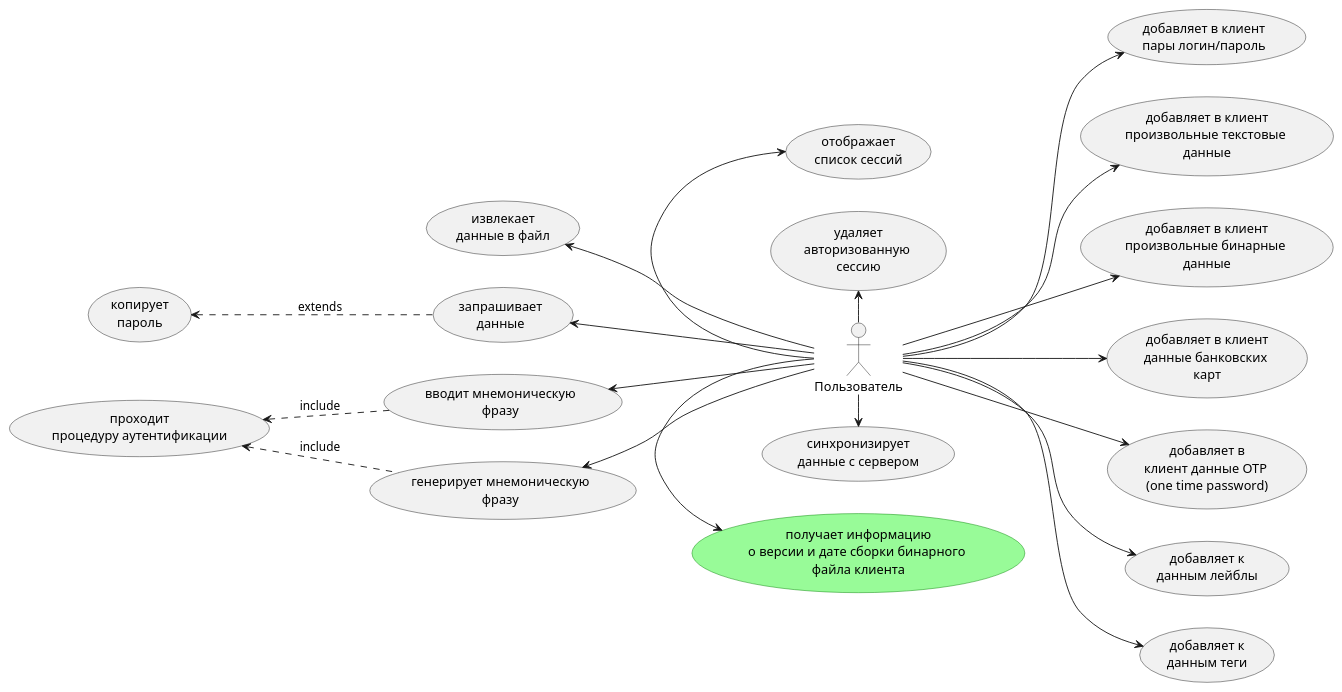
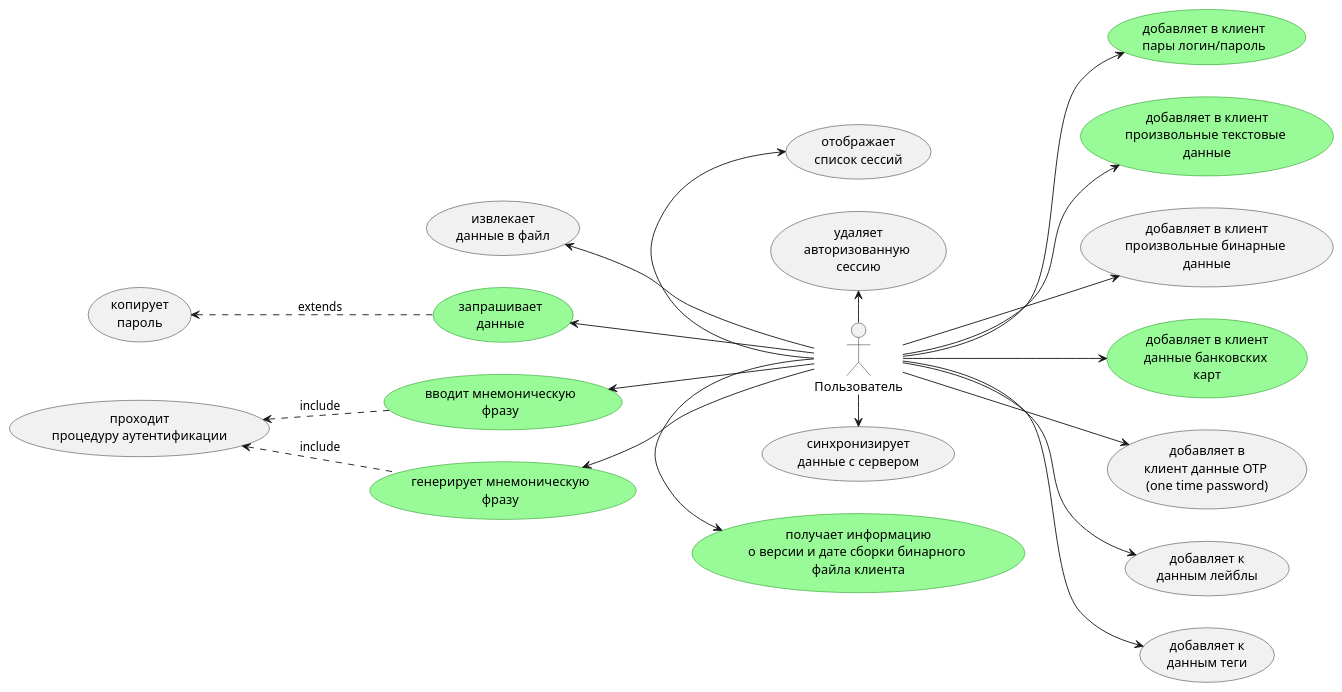
The diagram in doc/usecases.plantuml (gopherlearning/gophkeeper), drawn with PlantUML before and after one commit. The commit also changed 24 other files, not shown here.

```diff
--- a/doc/usecases.plantuml
+++ b/doc/usecases.plantuml
@@ -1,62 +1,62 @@
 @startuml usecase
 left to right direction
 actor Пользователь as u
 usecase UC1 #palegreen;line:green as "получает информацию 
 о версии и дате сборки бинарного 
 файла клиента" 
-usecase UC2  as "генерирует мнемоническую
+usecase UC2 #palegreen;line:green as "генерирует мнемоническую
 фразу"
-usecase UC17  as "вводит мнемоническую
+usecase UC17  #palegreen;line:green as "вводит мнемоническую
 фразу"
 usecase UC11 as "проходит 
 процедуру аутентификации"
-usecase UC3  as "добавляет в клиент 
+usecase UC3 #palegreen;line:green as "добавляет в клиент 
 пары логин/пароль"
-usecase UC4  as "добавляет в клиент 
+usecase UC4  #palegreen;line:green as "добавляет в клиент 
 произвольные текстовые 
 данные"
 usecase UC5  as "добавляет в клиент 
 произвольные бинарные 
 данные"
-usecase UC6  as "добавляет в клиент 
+usecase UC6 #palegreen;line:green as "добавляет в клиент 
 данные банковских 
 карт"
 usecase UC7  as "добавляет в 
 клиент данные OTP 
 (one time password)"
 usecase UC8  as "добавляет к 
 данным лейблы"
 usecase UC9  as "добавляет к 
 данным теги"
 usecase UC10 as "синхронизирует 
 данные с сервером"
-usecase UC12 as "запрашивает 
+usecase UC12 #palegreen;line:green as "запрашивает 
 данные"
 usecase UC13 as "копирует 
 пароль"
 usecase UC14 as "извлекает 
 данные в файл"
 usecase UC15 as "отображает 
 список сессий"
 usecase UC16 as "удаляет 
 авторизованную 
 сессию"
 u -right-> UC1
 u -down-> UC3
 u -down-> UC4
 u -down-> UC5
 u -down-> UC6
 u -down-> UC7
 u -down-> UC8
 u -down-> UC9
 u -right-> UC10
 u -up-> (UC2)
 u -up-> (UC17)
 (UC17) .up-> (UC11) : include
 (UC2) .up-> (UC11) : include
 u -up-> UC12
 (UC12) .up-> (UC13) : extends
 u -up-> UC14
 u -left-> UC16
 u -left-> UC15
 @enduml
```
